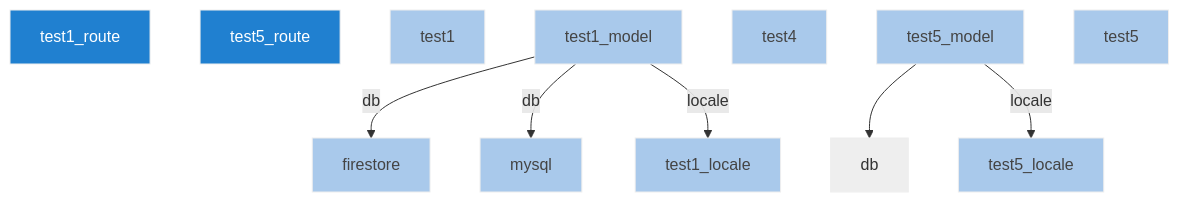
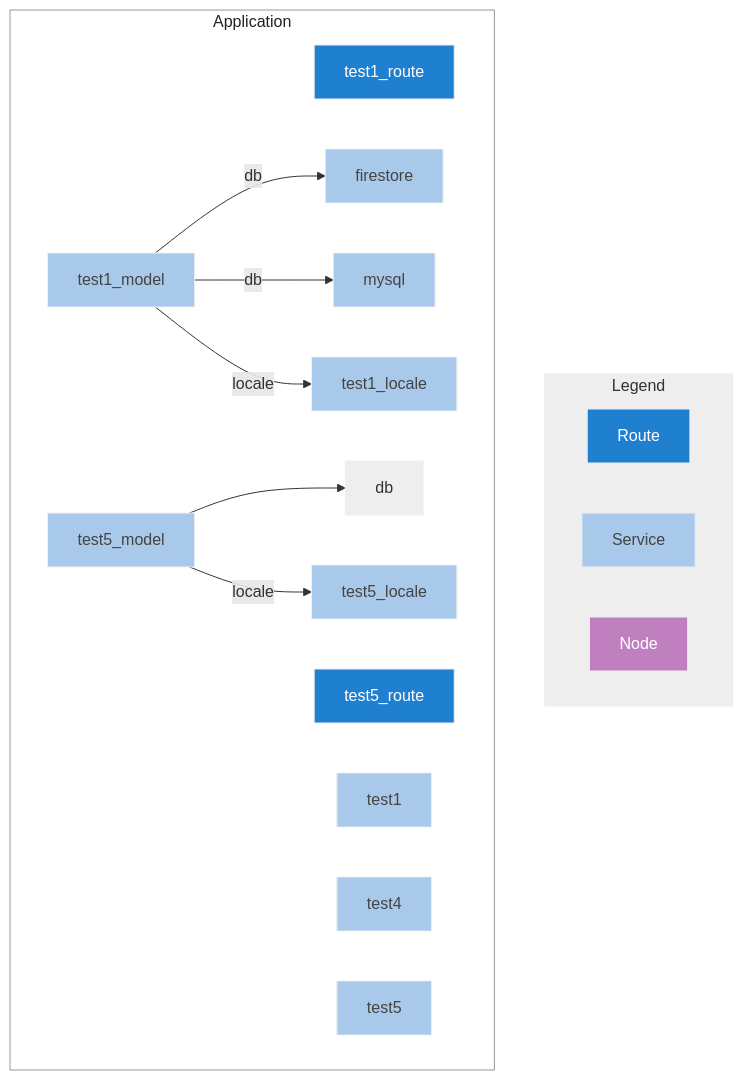
One commit to franck-yvetot/nxn-cli changed the diagram in dependencies.mmd. Above: the diagram before and after it, drawn with Mermaid. The commit also changed 1 other file, not shown here.

```diff
--- a/dependencies.mmd
+++ b/dependencies.mmd
@@ -1,21 +1,33 @@
-graph TD;
+graph TB;
+
+subgraph Legend
+    Route:::route
+    Service:::service
+    Node:::nod
+end
+
+subgraph Application
     classDef node fill:#eee,stroke:#eee,color:#333
     classDef route fill:#2080D0,stroke:#eee,color:#fff
     classDef nod fill:#C080C0,stroke:#eee,color:#fff
     classDef service fill:#A9C9EB,stroke:#eee,color:#444
     test1_route:::route
     test5_route:::route
     test1:::service
     test1_locale:::service
     firestore:::service
     test1_model:::service
     test1_model -- db -->firestore;
     test1_model -- db -->mysql;
     test1_model -- locale -->test1_locale;
     mysql:::service
     test4:::service
     test5_locale:::service
     test5_model:::service
     test5_model --> db;
     test5_model -- locale -->test5_locale;
     test5:::service
+end
+
+style Application fill:#fff,stroke:#999,color:#222
+style Legend fill:#eee,stroke:#eee,color:#333
```
